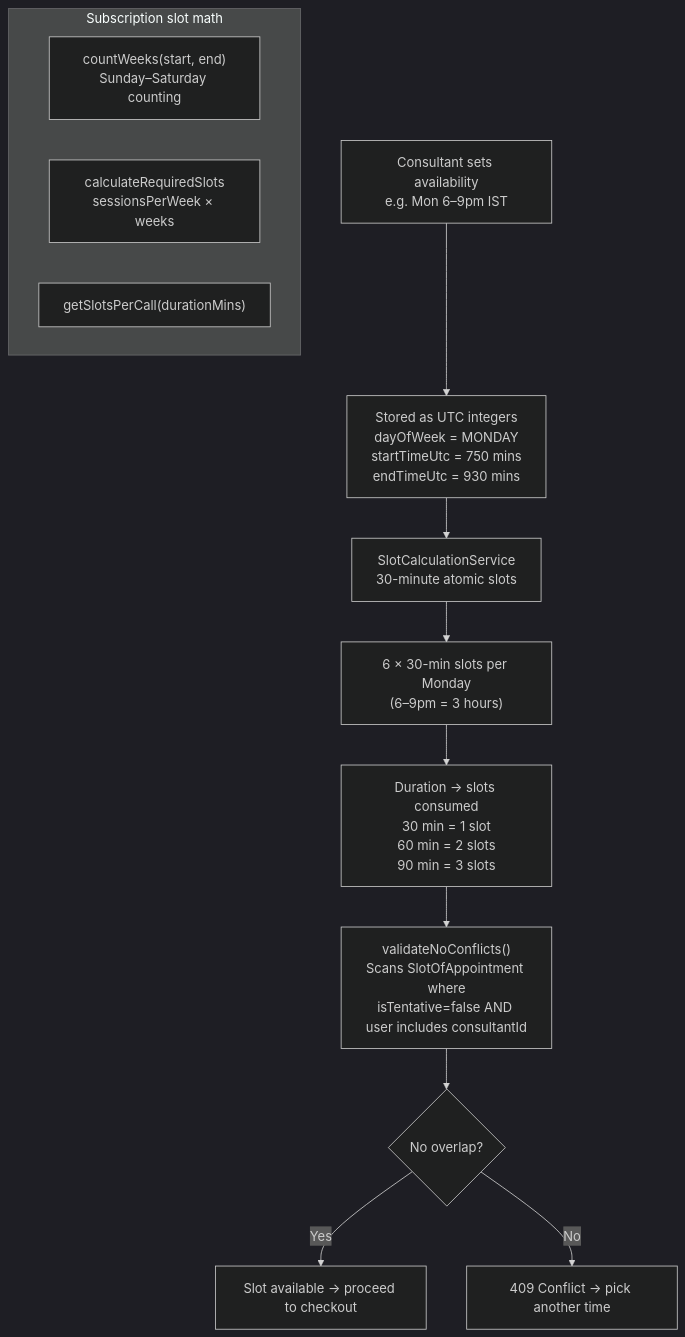
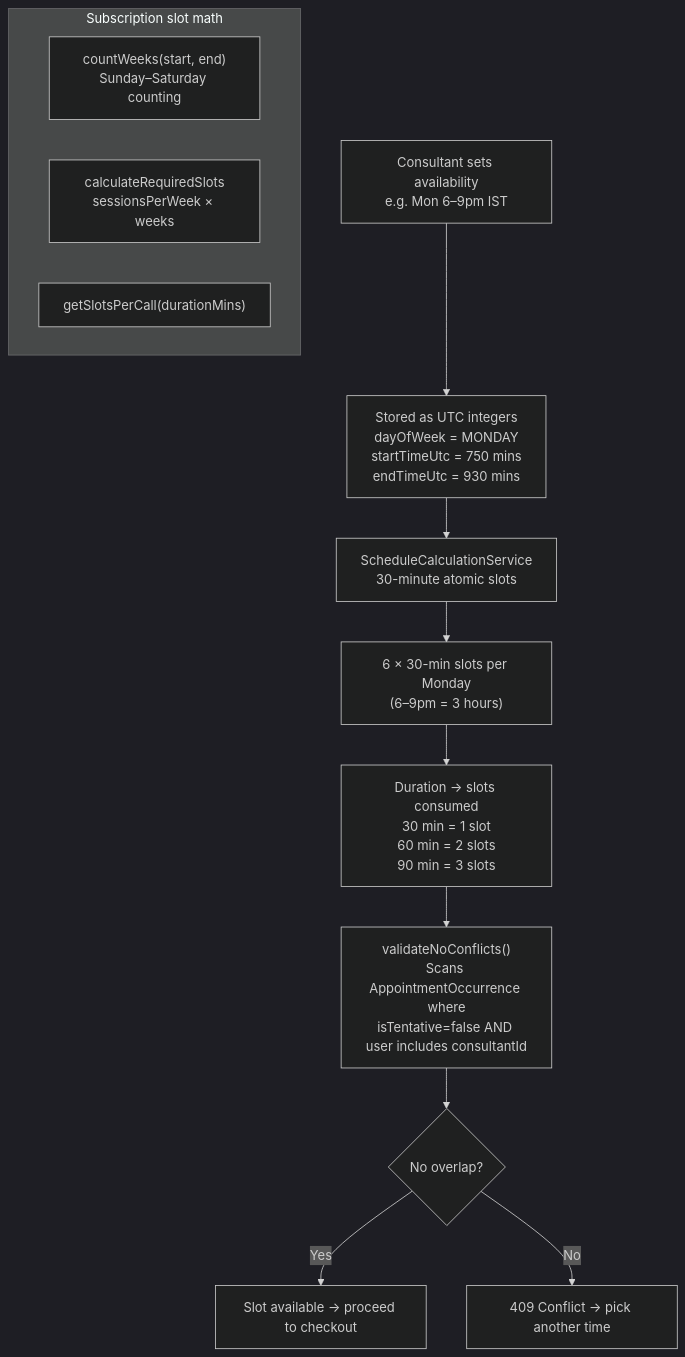
The seventh of 19 diagrams in docs/architecture/product-flow-map.md (Practitionist/familiarise_web), drawn with Mermaid (dark theme) before and after one commit. The commit also changed other lines of this file and 107 other files, not shown here.

Commit message:
docs(vocabulary): the scheduling glossary, booking, feedback, support, stream and review docs speak AppointmentOccurrence, Meeting and Trial (#1554)

````diff
--- a/docs/architecture/product-flow-map.md
+++ b/docs/architecture/product-flow-map.md
@@ -196,20 +196,20 @@
 ```mermaid
 flowchart TD
     ConsAvail["Consultant sets availability\ne.g. Mon 6–9pm IST"] --> UTCStore["Stored as UTC integers\ndayOfWeek = MONDAY\nstartTimeUtc = 750 mins\nendTimeUtc = 930 mins"]
 
-    UTCStore --> SlotMath["SlotCalculationService\n30-minute atomic slots"]
+    UTCStore --> SlotMath["ScheduleCalculationService\n30-minute atomic slots"]
     SlotMath --> Slots6["6 × 30-min slots per Monday\n(6–9pm = 3 hours)"]
 
     Slots6 --> DurationMap["Duration → slots consumed\n30 min = 1 slot\n60 min = 2 slots\n90 min = 3 slots"]
 
-    DurationMap --> Conflict["validateNoConflicts()\nScans SlotOfAppointment where\nisTentative=false AND user includes consultantId"]
+    DurationMap --> Conflict["validateNoConflicts()\nScans AppointmentOccurrence where\nisTentative=false AND user includes consultantId"]
     Conflict --> Clean{No overlap?}
     Clean -- Yes --> Proceed["Slot available → proceed to checkout"]
     Clean -- No --> Block["409 Conflict → pick another time"]
 
     subgraph SubscriptionMath["Subscription slot math"]
         countWeeks["countWeeks(start, end)\nSunday–Saturday counting"]
         reqSlots["calculateRequiredSlots\nsessionsPerWeek × weeks"]
         slotsPerCall["getSlotsPerCall(durationMins)"]
     end
 ```
````
